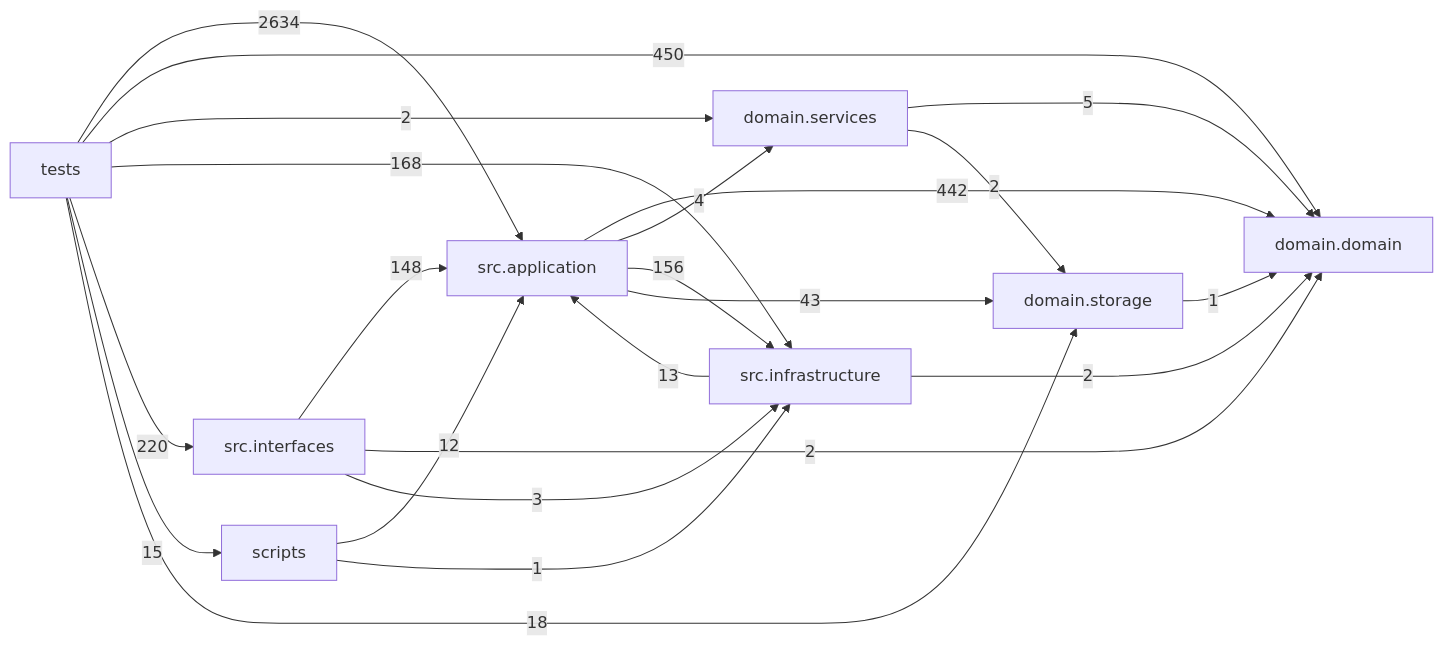
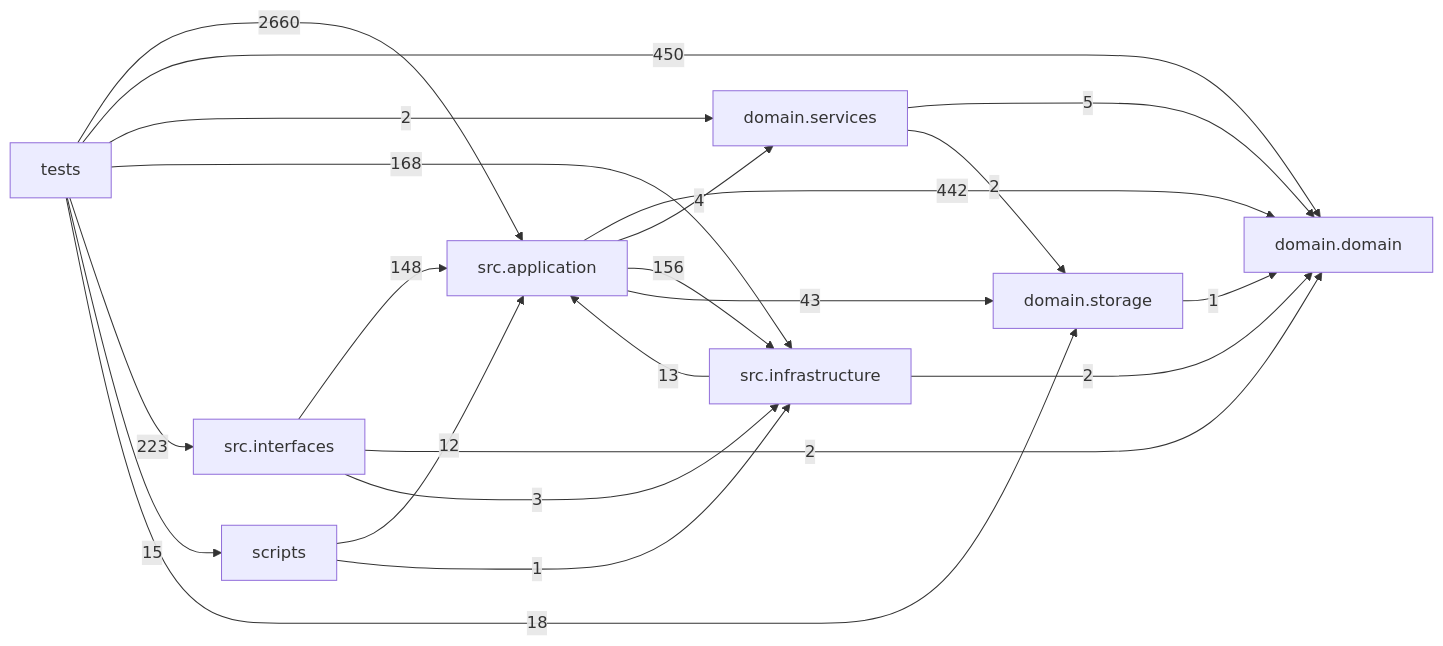
The diagram in docs/DEPENDENCY_GRAPH.md (liuxie066/options-monitor), drawn with Mermaid before and after one commit. The commit also changed other lines of this file and 15 other files, not shown here.

````diff
--- a/docs/DEPENDENCY_GRAPH.md
+++ b/docs/DEPENDENCY_GRAPH.md
@@ -24,32 +24,32 @@
 ```mermaid
 flowchart LR
   tests["tests"]
   scripts["scripts"]
   interfaces["src.interfaces"]
   application["src.application"]
   infrastructure["src.infrastructure"]
   domain_services["domain.services"]
   domain["domain.domain"]
   storage["domain.storage"]
   application -->|442| domain
   application -->|4| domain_services
   application -->|156| infrastructure
   application -->|43| storage
   domain_services -->|5| domain
   domain_services -->|2| storage
   infrastructure -->|13| application
   infrastructure -->|2| domain
   interfaces -->|148| application
   interfaces -->|2| domain
   interfaces -->|3| infrastructure
   scripts -->|12| application
   scripts -->|1| infrastructure
   storage -->|1| domain
-  tests -->|2634| application
+  tests -->|2660| application
   tests -->|450| domain
   tests -->|2| domain_services
   tests -->|168| infrastructure
-  tests -->|220| interfaces
+  tests -->|223| interfaces
   tests -->|15| scripts
   tests -->|18| storage
 ```
````
